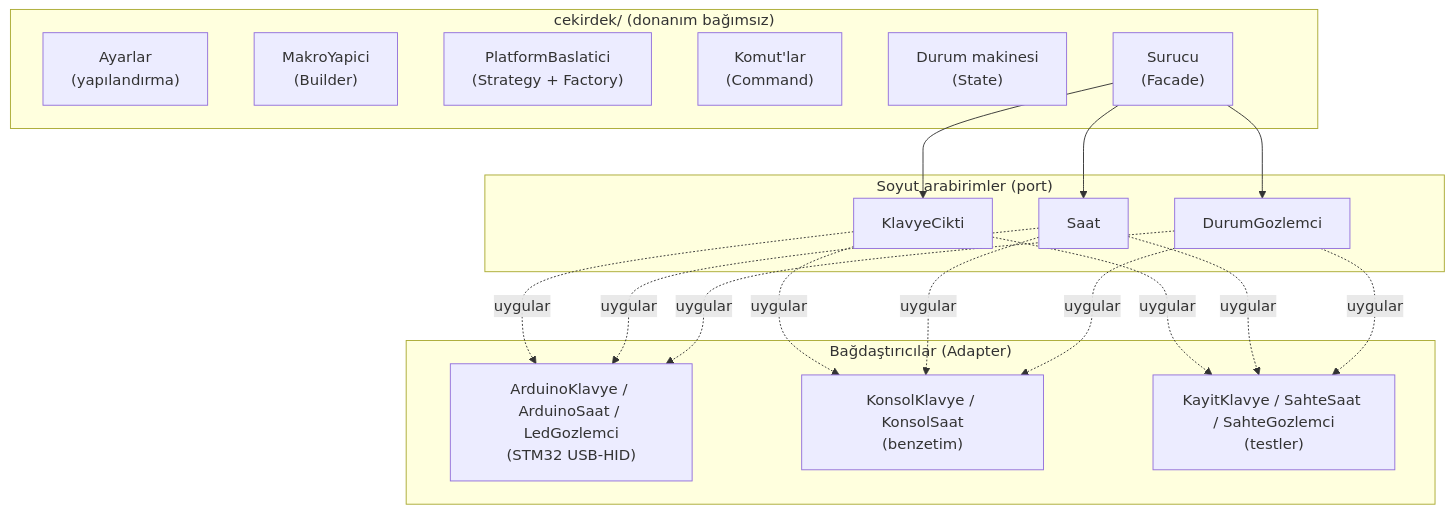
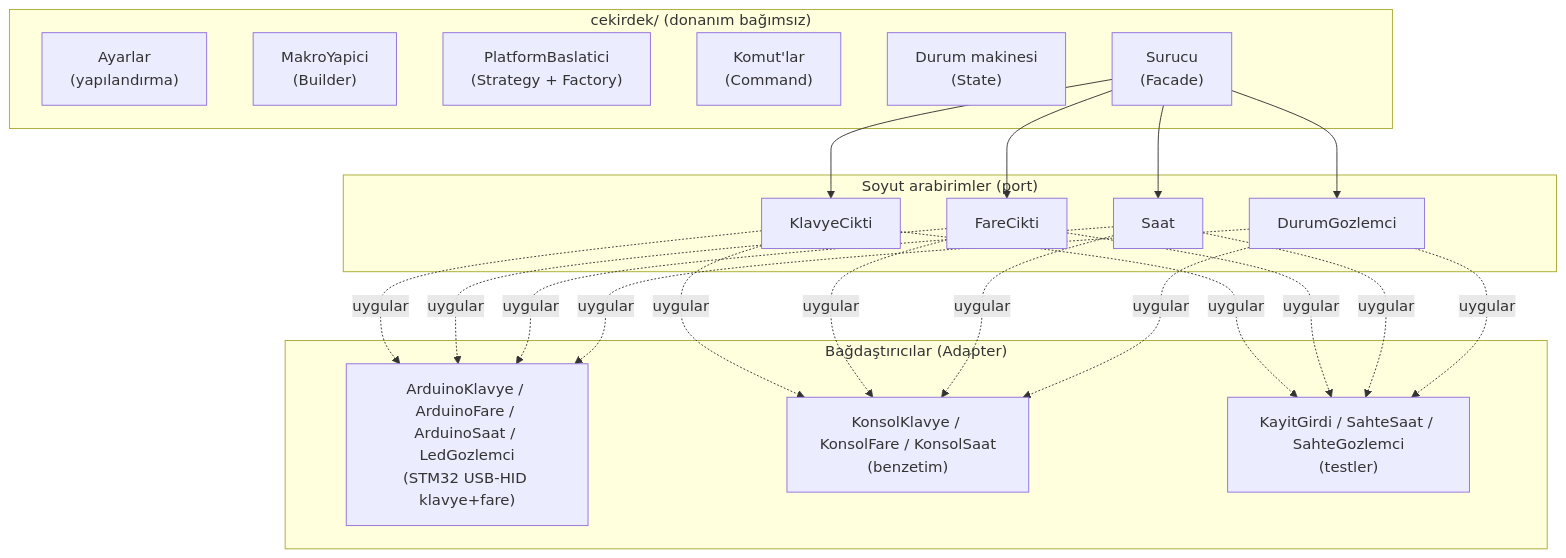
Before and after one commit to Baki-B/YZM327-Odevler: the first of 4 diagrams in odev2-usb-klavye/belgeler/tasarim.md, drawn with Mermaid. The commit also changed other lines of this file and 23 other files, not shown here.

First line of the commit message:
2. Ödev: cihaza fare (USB-HID mouse) desteği; farm oyunu tık tabanlı

````diff
--- a/odev2-usb-klavye/belgeler/tasarim.md
+++ b/odev2-usb-klavye/belgeler/tasarim.md
@@ -23,25 +23,27 @@
 ```mermaid
 flowchart TD
     subgraph Cekirdek["cekirdek/ (donanım bağımsız)"]
         A["Ayarlar\n(yapılandırma)"]
         Y["MakroYapici\n(Builder)"]
         B["PlatformBaslatici\n(Strategy + Factory)"]
         K["Komut'lar\n(Command)"]
         D["Durum makinesi\n(State)"]
         S["Surucu\n(Facade)"]
     end
     subgraph Port["Soyut arabirimler (port)"]
         KC["KlavyeCikti"]
+        FC["FareCikti"]
         SA["Saat"]
         GZ["DurumGozlemci"]
     end
     subgraph Uyarlama["Bağdaştırıcılar (Adapter)"]
-        AR["ArduinoKlavye / ArduinoSaat / LedGozlemci\n(STM32 USB-HID)"]
-        KO["KonsolKlavye / KonsolSaat\n(benzetim)"]
-        TS["KayitKlavye / SahteSaat / SahteGozlemci\n(testler)"]
+        AR["ArduinoKlavye / ArduinoFare / ArduinoSaat / LedGozlemci\n(STM32 USB-HID klavye+fare)"]
+        KO["KonsolKlavye / KonsolFare / KonsolSaat\n(benzetim)"]
+        TS["KayitGirdi / SahteSaat / SahteGozlemci\n(testler)"]
     end
-    S --> KC & SA & GZ
+    S --> KC & FC & SA & GZ
     KC -.uygular.-> AR & KO & TS
+    FC -.uygular.-> AR & KO & TS
     SA -.uygular.-> AR & KO & TS
     GZ -.uygular.-> AR & KO & TS
 ```
````
